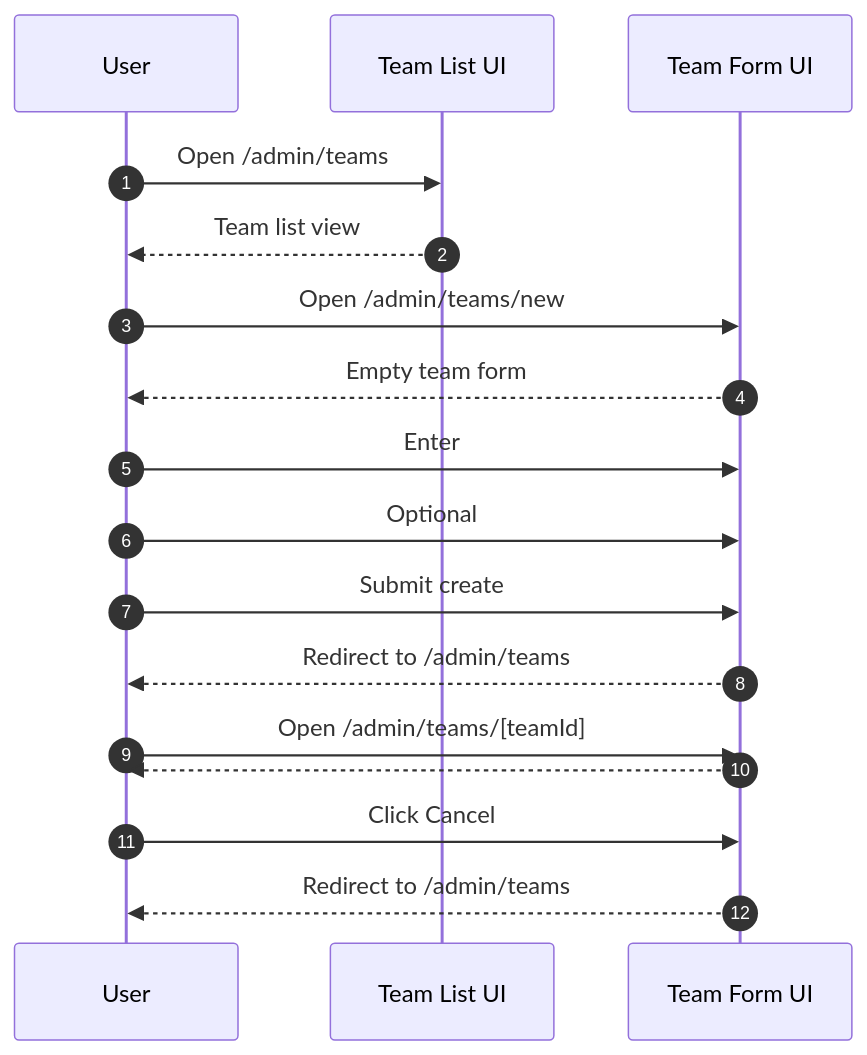
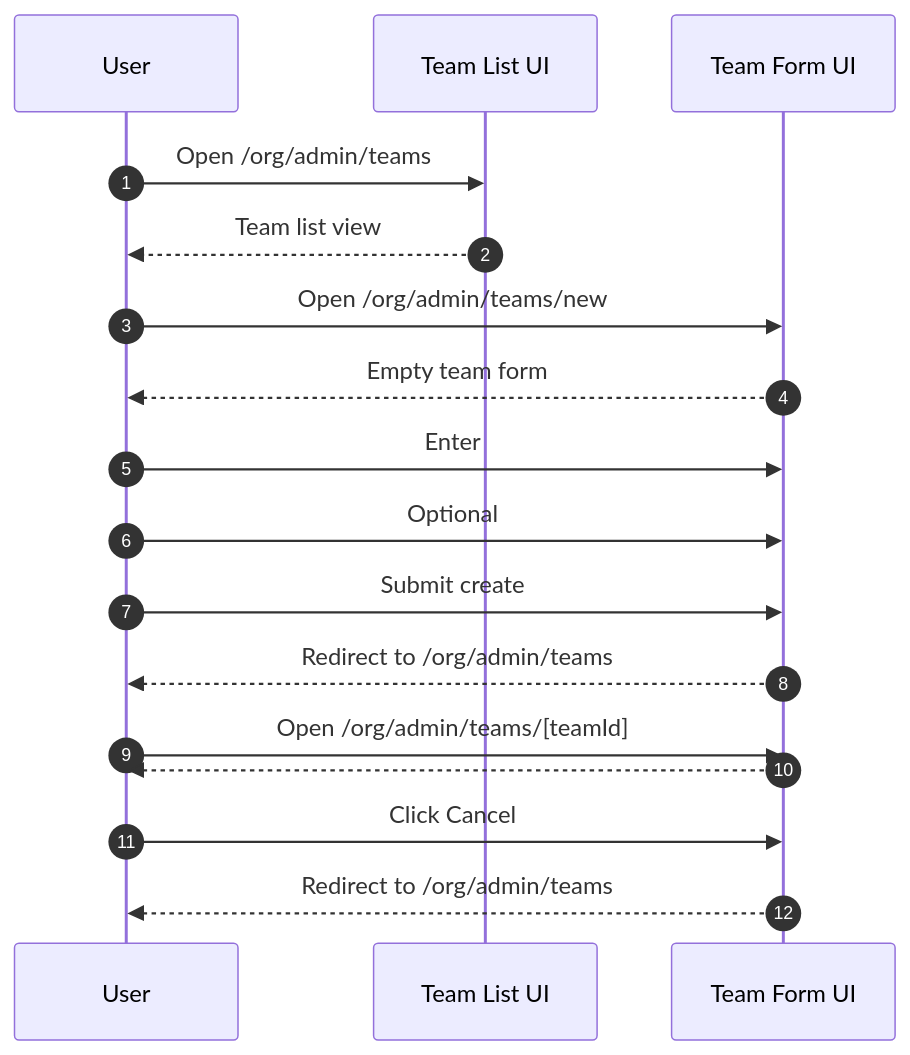
One commit to full-chaos/dev-health-web changed the fourth of 6 diagrams in docs/testing/e2e-specs/account-admin.md. Above: the diagram before and after it, drawn with Mermaid. The commit also changed other lines of this file and 14 other files, not shown here.

````diff
--- a/docs/testing/e2e-specs/account-admin.md
+++ b/docs/testing/e2e-specs/account-admin.md
@@ -284,19 +284,19 @@
 ```mermaid
 sequenceDiagram
     autonumber
     participant U as User
     participant TL as Team List UI
     participant TF as Team Form UI
-    U->>TL: Open /admin/teams
+    U->>TL: Open /org/admin/teams
     TL-->>U: Team list view
-    U->>TF: Open /admin/teams/new
+    U->>TF: Open /org/admin/teams/new
     TF-->>U: Empty team form
     U->>TF: Enter #team_id and #name
     U->>TF: Optional #description, #repo_patterns, #project_keys
     U->>TF: Submit create
-    TF-->>U: Redirect to /admin/teams
-    U->>TF: Open /admin/teams/[teamId]
+    TF-->>U: Redirect to /org/admin/teams
+    U->>TF: Open /org/admin/teams/[teamId]
     TF-->>U: #team_id disabled in edit mode
     U->>TF: Click Cancel
-    TF-->>U: Redirect to /admin/teams
+    TF-->>U: Redirect to /org/admin/teams
 ```
````
